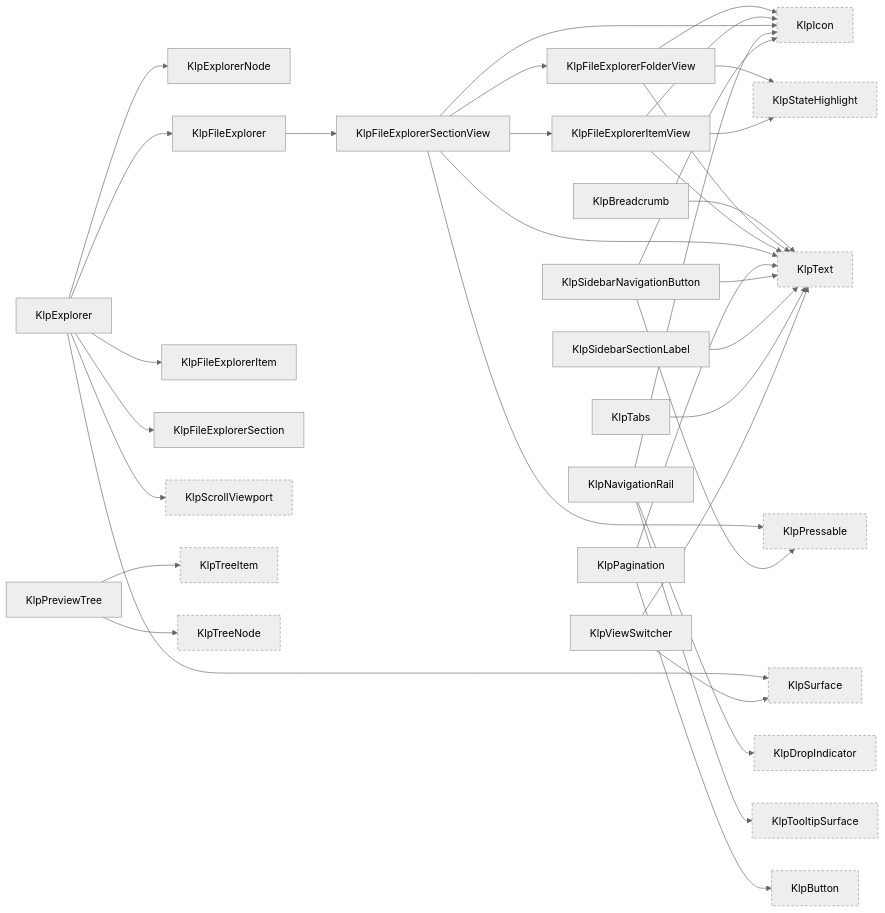
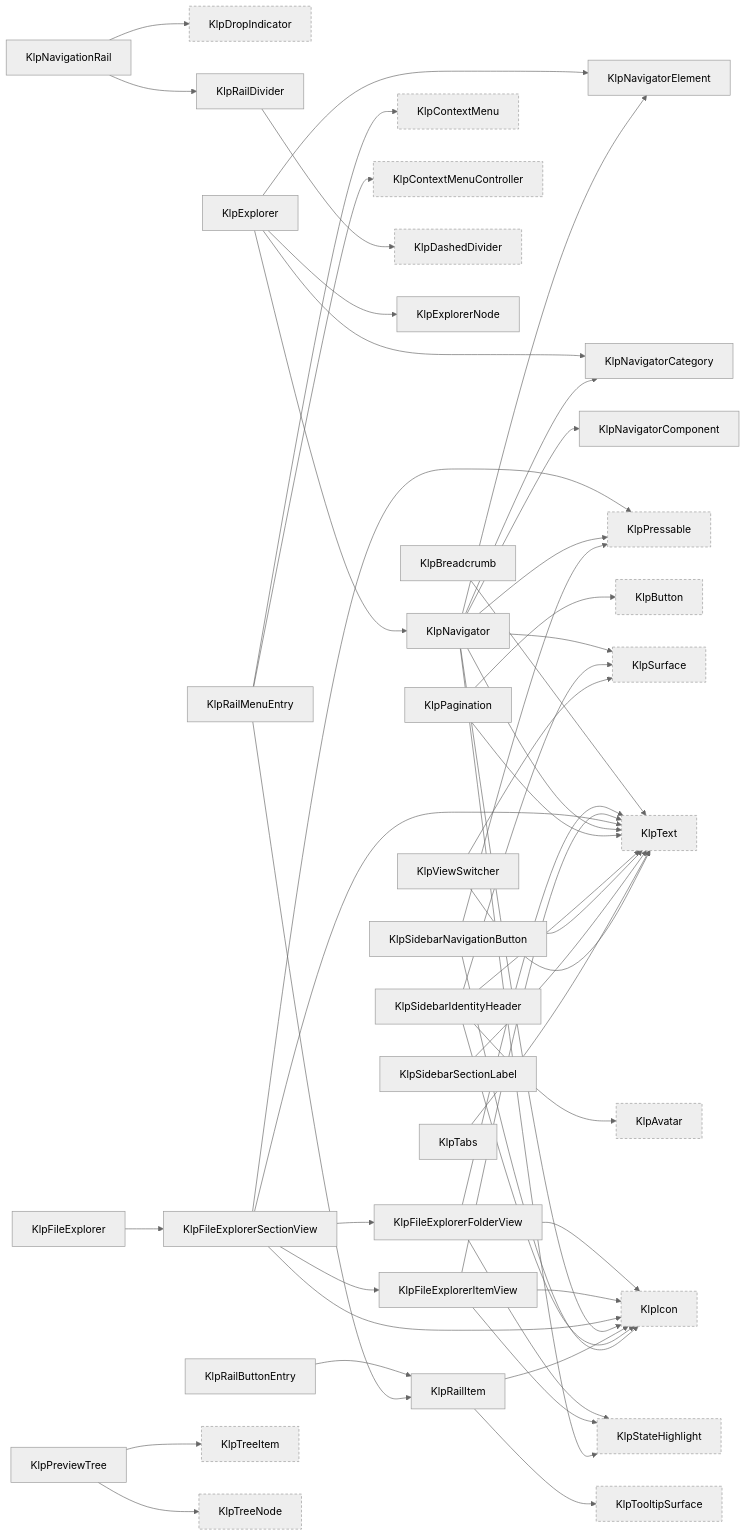
One commit to MiuDog/Kallopis changed diagram 13 of 18 in spec/component-inventory.md. Above: the diagram before and after it, drawn with Mermaid (neutral theme). The commit also changed other lines of this file and 1105 other files, not shown here.

Commit message:
refactor: establish semantic design architecture

````diff
--- a/spec/component-inventory.md
+++ b/spec/component-inventory.md
@@ -928,22 +984,32 @@
 ```mermaid
 graph LR
+  KlpAvatar["KlpAvatar"]:::external
   KlpBreadcrumb["KlpBreadcrumb"]
   KlpButton["KlpButton"]:::external
+  KlpContextMenu["KlpContextMenu"]:::external
+  KlpContextMenuController["KlpContextMenuController"]:::external
+  KlpDashedDivider["KlpDashedDivider"]:::external
   KlpDropIndicator["KlpDropIndicator"]:::external
   KlpExplorer["KlpExplorer"]
   KlpExplorerNode["KlpExplorerNode"]
   KlpFileExplorer["KlpFileExplorer"]
   KlpFileExplorerFolderView["KlpFileExplorerFolderView"]
-  KlpFileExplorerItem["KlpFileExplorerItem"]
   KlpFileExplorerItemView["KlpFileExplorerItemView"]
-  KlpFileExplorerSection["KlpFileExplorerSection"]
   KlpFileExplorerSectionView["KlpFileExplorerSectionView"]
   KlpIcon["KlpIcon"]:::external
   KlpNavigationRail["KlpNavigationRail"]
+  KlpNavigator["KlpNavigator"]
+  KlpNavigatorCategory["KlpNavigatorCategory"]
+  KlpNavigatorComponent["KlpNavigatorComponent"]
+  KlpNavigatorElement["KlpNavigatorElement"]
   KlpPagination["KlpPagination"]
   KlpPressable["KlpPressable"]:::external
   KlpPreviewTree["KlpPreviewTree"]
-  KlpScrollViewport["KlpScrollViewport"]:::external
+  KlpRailButtonEntry["KlpRailButtonEntry"]
+  KlpRailDivider["KlpRailDivider"]
+  KlpRailItem["KlpRailItem"]
+  KlpRailMenuEntry["KlpRailMenuEntry"]
+  KlpSidebarIdentityHeader["KlpSidebarIdentityHeader"]
   KlpSidebarNavigationButton["KlpSidebarNavigationButton"]
   KlpSidebarSectionLabel["KlpSidebarSectionLabel"]
   KlpStateHighlight["KlpStateHighlight"]:::external
@@ -956,11 +1022,9 @@
   KlpViewSwitcher["KlpViewSwitcher"]
   KlpBreadcrumb --> KlpText
   KlpExplorer --> KlpExplorerNode
-  KlpExplorer --> KlpFileExplorer
-  KlpExplorer --> KlpFileExplorerItem
-  KlpExplorer --> KlpFileExplorerSection
-  KlpExplorer --> KlpScrollViewport
-  KlpExplorer --> KlpSurface
+  KlpExplorer --> KlpNavigator
+  KlpExplorer --> KlpNavigatorCategory
+  KlpExplorer --> KlpNavigatorElement
   KlpFileExplorerFolderView --> KlpIcon
   KlpFileExplorerFolderView --> KlpStateHighlight
   KlpFileExplorerFolderView --> KlpText
@@ -974,12 +1038,30 @@
   KlpFileExplorerSectionView --> KlpText
   KlpFileExplorer --> KlpFileExplorerSectionView
   KlpNavigationRail --> KlpDropIndicator
-  KlpNavigationRail --> KlpIcon
-  KlpNavigationRail --> KlpTooltipSurface
+  KlpNavigationRail --> KlpRailDivider
+  KlpNavigator --> KlpIcon
+  KlpNavigator --> KlpNavigatorCategory
+  KlpNavigator --> KlpNavigatorComponent
+  KlpNavigator --> KlpNavigatorElement
+  KlpNavigator --> KlpPressable
+  KlpNavigator --> KlpStateHighlight
+  KlpNavigator --> KlpSurface
+  KlpNavigator --> KlpText
   KlpPagination --> KlpButton
   KlpPagination --> KlpText
   KlpPreviewTree --> KlpTreeItem
   KlpPreviewTree --> KlpTreeNode
+  KlpRailButtonEntry --> KlpRailItem
+  KlpRailDivider --> KlpDashedDivider
+  KlpRailItem --> KlpIcon
+  KlpRailItem --> KlpTooltipSurface
+  KlpRailMenuEntry --> KlpContextMenu
+  KlpRailMenuEntry --> KlpContextMenuController
+  KlpRailMenuEntry --> KlpRailItem
+  KlpSidebarIdentityHeader --> KlpAvatar
+  KlpSidebarIdentityHeader --> KlpIcon
+  KlpSidebarIdentityHeader --> KlpSurface
+  KlpSidebarIdentityHeader --> KlpText
   KlpSidebarNavigationButton --> KlpIcon
   KlpSidebarNavigationButton --> KlpPressable
   KlpSidebarNavigationButton --> KlpText
````
